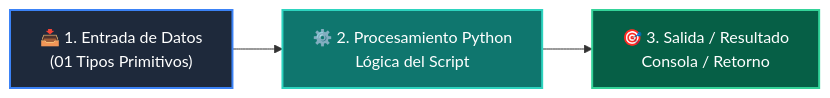
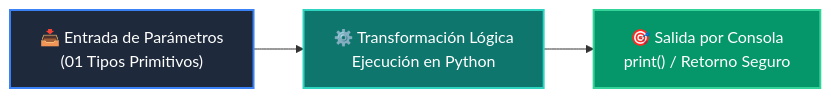
One commit to wisrovi/wisrovi-python changed the diagram in 01-fundamentos-python/clase-02-variables-y-tipos/ejemplos/ejemplo_01_tipos_primitivos/README.md. Above: the diagram before and after it, drawn with Mermaid. The commit also changed other lines of this file and 226 other files, not shown here.

Commit message:
docs: elevate all repository READMEs to world-class mastery standard with rich pedagogical architecture, custom Mermaids, and professional styling

````diff
--- a/01-fundamentos-python/clase-02-variables-y-tipos/ejemplos/ejemplo_01_tipos_primitivos/README.md
+++ b/01-fundamentos-python/clase-02-variables-y-tipos/ejemplos/ejemplo_01_tipos_primitivos/README.md
@@ -12,9 +19,9 @@
 ```mermaid
 flowchart LR
-    A["📥 1. Entrada de Datos<br/>(01 Tipos Primitivos)"] --> B["⚙️ 2. Procesamiento Python<br/>Lógica del Script"]
-    B --> C["🎯 3. Salida / Resultado<br/>Consola / Retorno"]
+    A["📥 Entrada de Parámetros<br/>(01 Tipos Primitivos)"] --> B["⚙️ Transformación Lógica<br/>Ejecución en Python"]
+    B --> C["🎯 Salida por Consola<br/>print() / Retorno Seguro"]
 
-    style A fill:#1e293b,color:#fff,stroke:#3b82f6,stroke-width:2px
-    style B fill:#0f766e,color:#fff,stroke:#2dd4bf,stroke-width:2px
-    style C fill:#065f46,color:#fff,stroke:#34d399,stroke-width:2px
+    style A fill:#1e293b,color:#ffffff,stroke:#3b82f6,stroke-width:2px
+    style B fill:#0f766e,color:#ffffff,stroke:#2dd4bf,stroke-width:2px
+    style C fill:#059669,color:#ffffff,stroke:#34d399,stroke-width:2px
 ```
````
